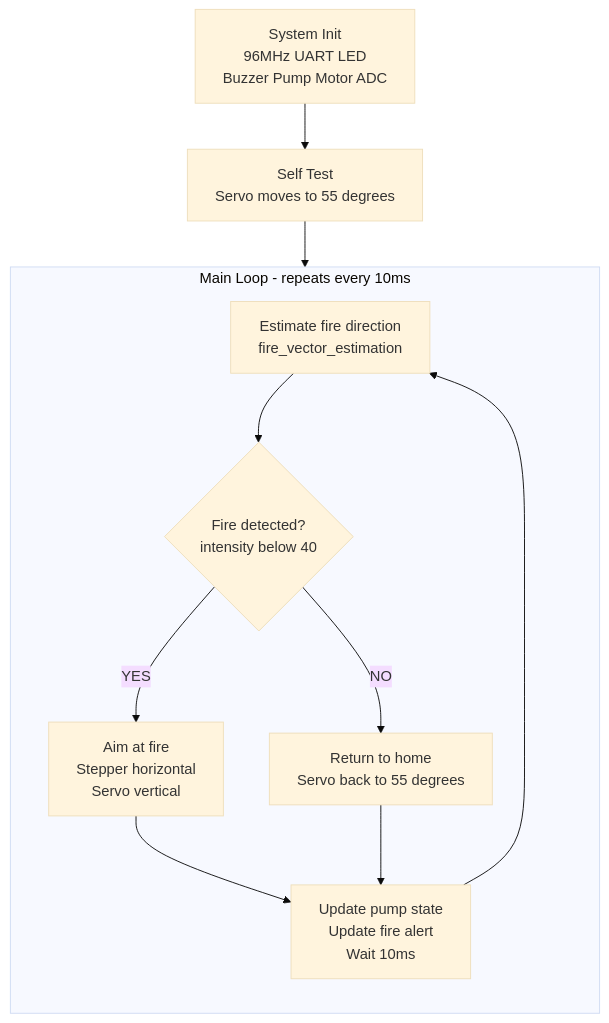
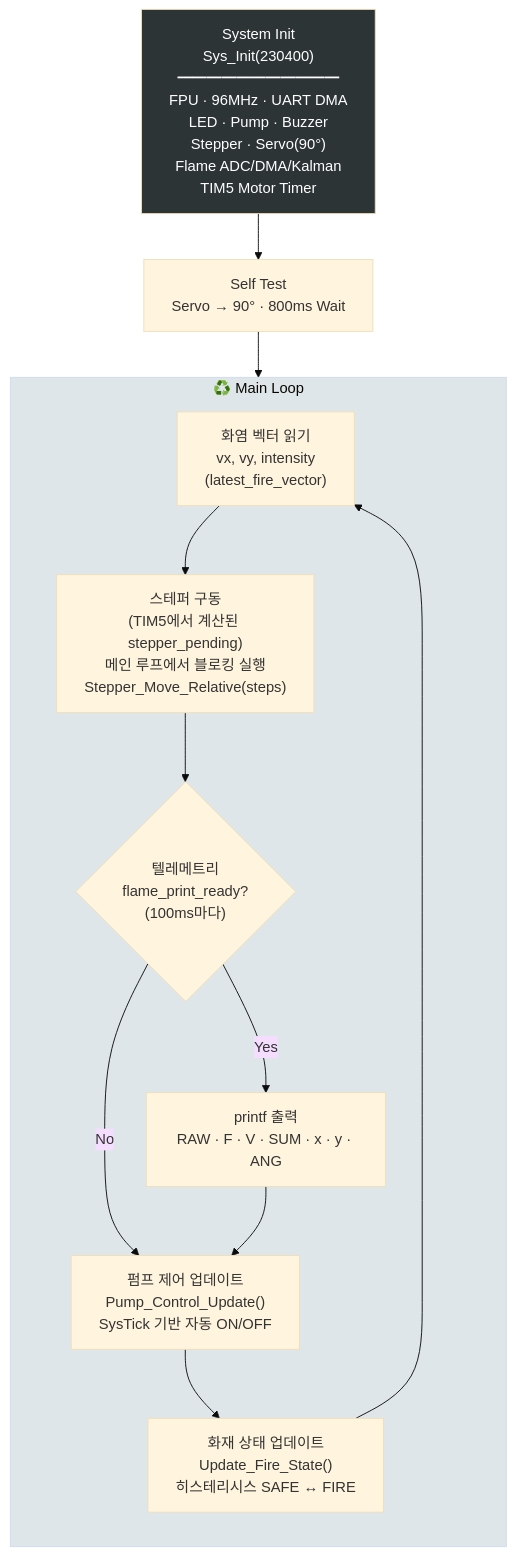
Diagram 15 of 15 in README.md (sangaje/the-Photatos), drawn with Mermaid (base theme) before and after one commit. The commit also changed other lines of this file, not shown here.

````diff
--- a/README.md
+++ b/README.md
@@ -464,17 +1226,30 @@
 ```mermaid
 flowchart TD
-    INIT["System Init\n96MHz UART LED\nBuzzer Pump Motor ADC"] --> SELF["Self Test\nServo moves to 55 degrees"]
+    INIT["System Init<br/>Sys_Init(230400)<br/>━━━━━━━━━━━<br/>FPU · 96MHz · UART DMA<br/>LED · Pump · Buzzer<br/>Stepper · Servo(90°)<br/>Flame ADC/DMA/Kalman<br/>TIM5 Motor Timer"]
+    
+    INIT --> SELF["Self Test<br/>Servo → 90° · 800ms Wait"]
     SELF --> S1
 
-    subgraph LOOP["Main Loop - repeats every 10ms"]
+    subgraph LOOP["♻️ Main Loop"]
         direction TB
-        S1["Estimate fire direction\nfire_vector_estimation"]
-        S1 --> S2{"Fire detected?\nintensity below 40"}
-        S2 -- "YES" --> CTRL["Aim at fire\nStepper horizontal\nServo vertical"]
-        S2 -- "NO" --> HOME["Return to home\nServo back to 55 degrees"]
-        CTRL --> S3["Update pump state\nUpdate fire alert\nWait 10ms"]
-        HOME --> S3
+        
+        S1["화염 벡터 읽기<br/>vx, vy, intensity<br/>(latest_fire_vector)"]
+        
+        S1 --> S2["스테퍼 구동<br/>(TIM5에서 계산된 stepper_pending)<br/>메인 루프에서 블로킹 실행<br/>Stepper_Move_Relative(steps)"]
+        
+        S2 --> S3{"텔레메트리<br/>flame_print_ready?<br/>(100ms마다)"}
+        
+        S3 -- "Yes" --> PRINT["printf 출력<br/>RAW · F · V · SUM · x · y · ANG"]
+        S3 -- "No" --> S4
+        PRINT --> S4
+        
+        S4["펌프 제어 업데이트<br/>Pump_Control_Update()<br/>SysTick 기반 자동 ON/OFF"]
+        
+        S4 --> S5["화재 상태 업데이트<br/>Update_Fire_State()<br/>히스테리시스 SAFE ↔ FIRE"]
+        
+        S5 --> S1
     end
 
-    S3 --> S1
+    style INIT fill:#2d3436,color:#fff
+    style LOOP fill:#dfe6e9
 ```
````
